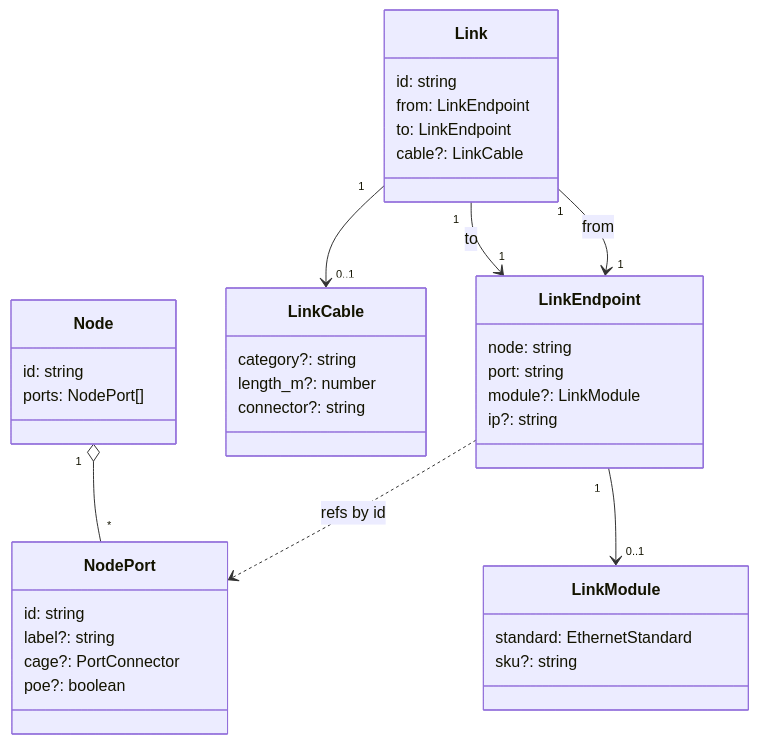
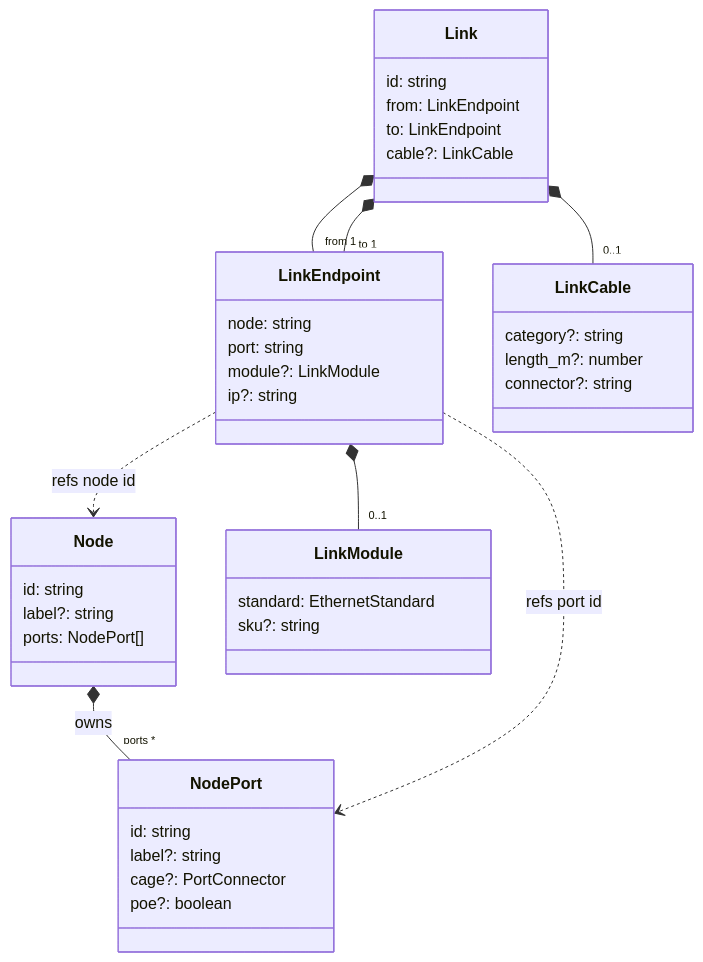
Before and after one commit to konoe-akitoshi/shumoku: the second of 3 diagrams in apps/editor/docs/connection-model.md, drawn with Mermaid. The commit also changed other lines of this file, not shown here.

````diff
--- a/apps/editor/docs/connection-model.md
+++ b/apps/editor/docs/connection-model.md
@@ -41,41 +93,43 @@
 ```mermaid
 classDiagram
   class Node {
     id: string
+    label?: string
     ports: NodePort[]
   }
   class NodePort {
     id: string
     label?: string
     cage?: PortConnector
     poe?: boolean
   }
   class Link {
     id: string
     from: LinkEndpoint
     to: LinkEndpoint
     cable?: LinkCable
   }
   class LinkEndpoint {
     node: string
     port: string
     module?: LinkModule
     ip?: string
   }
   class LinkModule {
     standard: EthernetStandard
     sku?: string
   }
   class LinkCable {
     category?: string
     length_m?: number
     connector?: string
   }
 
-  Node "1" o-- "*" NodePort
-  Link "1" --> "1" LinkEndpoint : from
-  Link "1" --> "1" LinkEndpoint : to
-  Link "1" --> "0..1" LinkCable
-  LinkEndpoint "1" --> "0..1" LinkModule
-  LinkEndpoint ..> NodePort : refs by id
+  Node *-- "ports *" NodePort : owns
+  Link *-- "from 1" LinkEndpoint
+  Link *-- "to 1" LinkEndpoint
+  Link *-- "0..1" LinkCable
+  LinkEndpoint *-- "0..1" LinkModule
+  LinkEndpoint ..> Node : refs node id
+  LinkEndpoint ..> NodePort : refs port id
 ```
````
